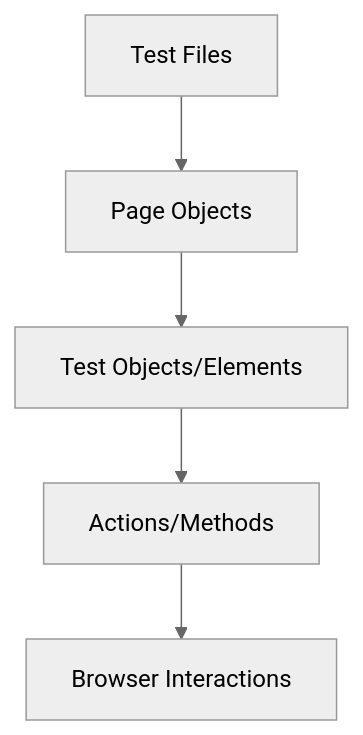
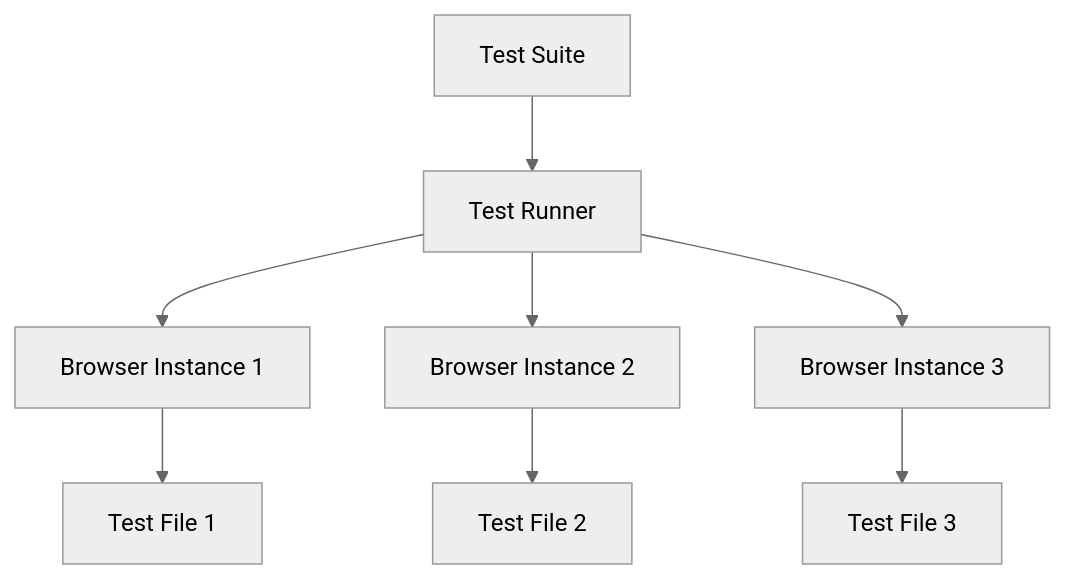
The third of 3 diagrams in apps-standalone/ayokoding-web/content/en/learn/crash-courses/swe/stacks/automation/wdio/basics.md (wahidyankf/oss), drawn with Mermaid (neutral theme) before and after one commit. The commit also changed other lines of this file and 40 other files, not shown here.

````diff
--- a/apps-standalone/ayokoding-web/content/en/learn/crash-courses/swe/stacks/automation/wdio/basics.md
+++ b/apps-standalone/ayokoding-web/content/en/learn/crash-courses/swe/stacks/automation/wdio/basics.md
@@ -182,7 +436,10 @@
 ```mermaid
 flowchart TD
-    A[Test Files] --> B[Page Objects]
-    B --> C[Test Objects/Elements]
-    C --> D[Actions/Methods]
-    D --> E[Browser Interactions]
+    A[Test Suite] --> B[Test Runner]
+    B --> C[Browser Instance 1]
+    B --> D[Browser Instance 2]
+    B --> E[Browser Instance 3]
+    C --> F[Test File 1]
+    D --> G[Test File 2]
+    E --> H[Test File 3]
 ```
````
